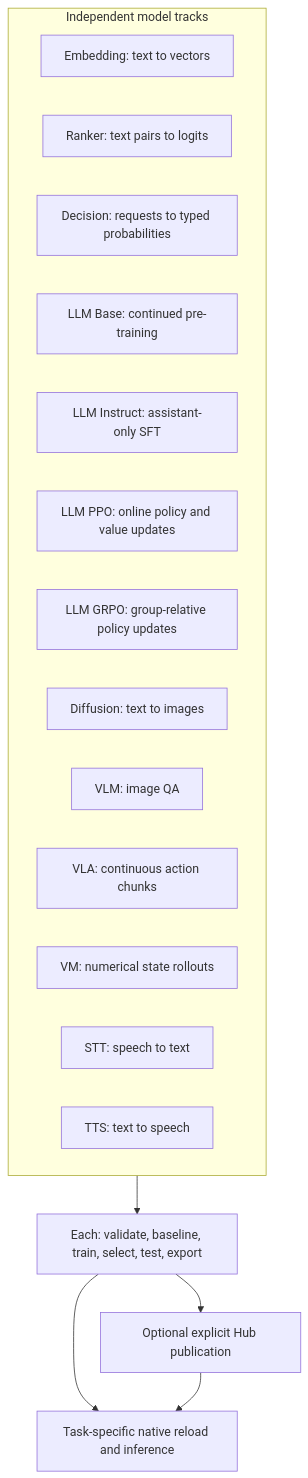
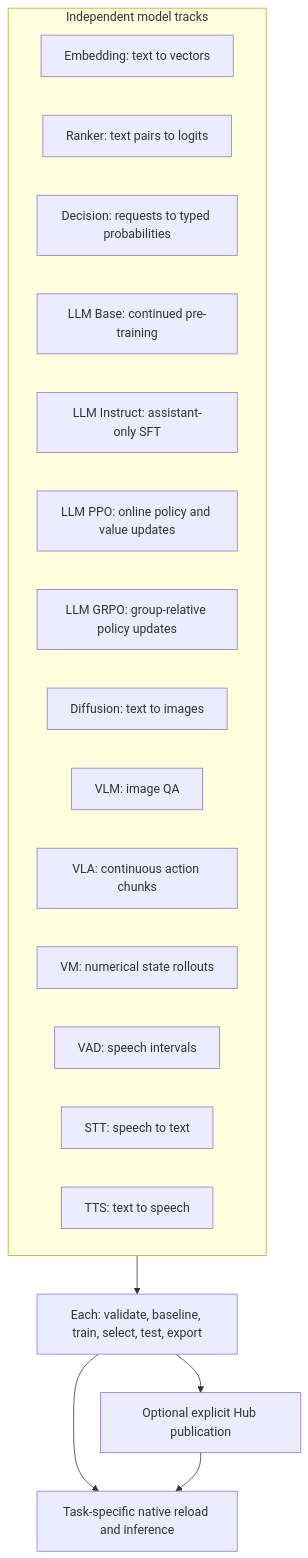
The first of 2 diagrams in docs/architecture.md (advai-x/advai-notebooks), drawn with Mermaid before and after one commit. The commit also changed other lines of this file and 59 other files, not shown here.

````diff
--- a/docs/architecture.md
+++ b/docs/architecture.md
@@ -27,22 +27,23 @@
 ```mermaid
 flowchart TB
     subgraph TASKS[Independent model tracks]
         EMB[Embedding: text to vectors]
         RNK[Ranker: text pairs to logits]
         DEC[Decision: requests to typed probabilities]
         BASE[LLM Base: continued pre-training]
         INST[LLM Instruct: assistant-only SFT]
         PPO[LLM PPO: online policy and value updates]
         GRPO[LLM GRPO: group-relative policy updates]
         DIF[Diffusion: text to images]
         VLM[VLM: image QA]
         VLA[VLA: continuous action chunks]
         VM[VM: numerical state rollouts]
+        VAD[VAD: speech intervals]
         STT[STT: speech to text]
         TTS[TTS: text to speech]
     end
     TASKS --> LIFE[Each: validate, baseline, train, select, test, export]
     LIFE --> INFER[Task-specific native reload and inference]
     LIFE --> HUB[Optional explicit Hub publication]
     HUB --> INFER
 ```
````
